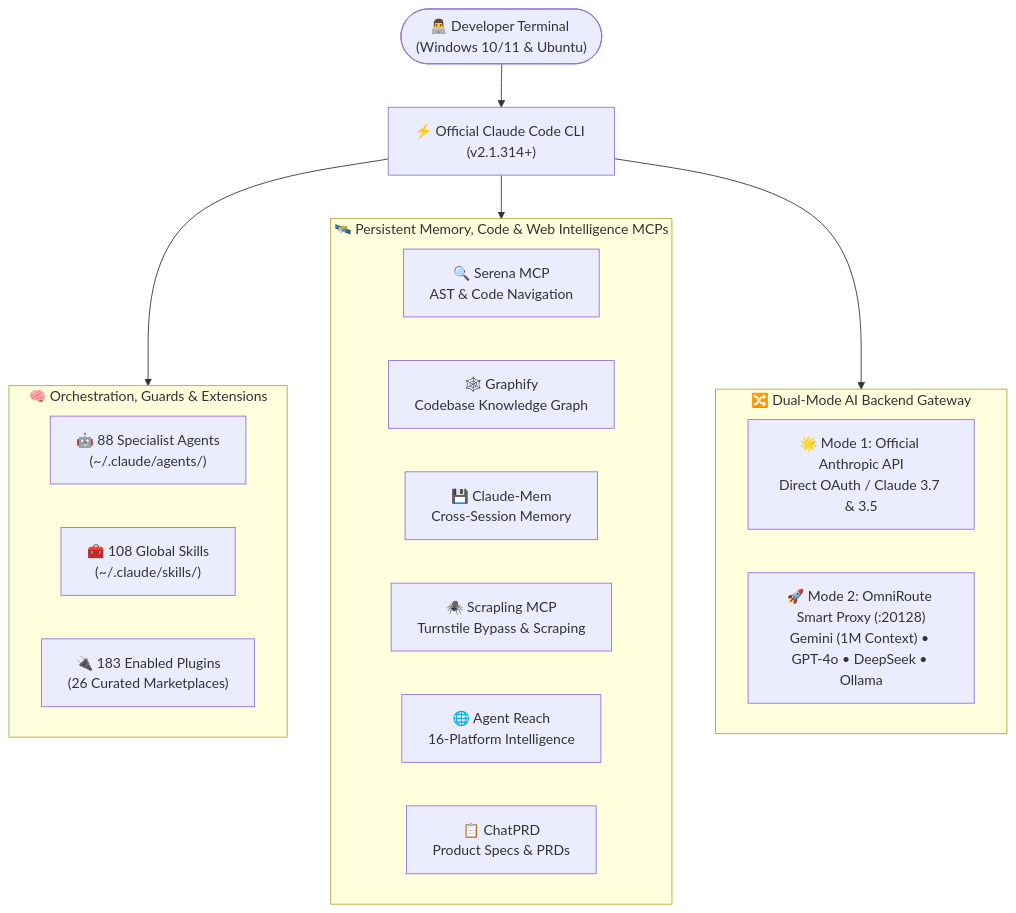
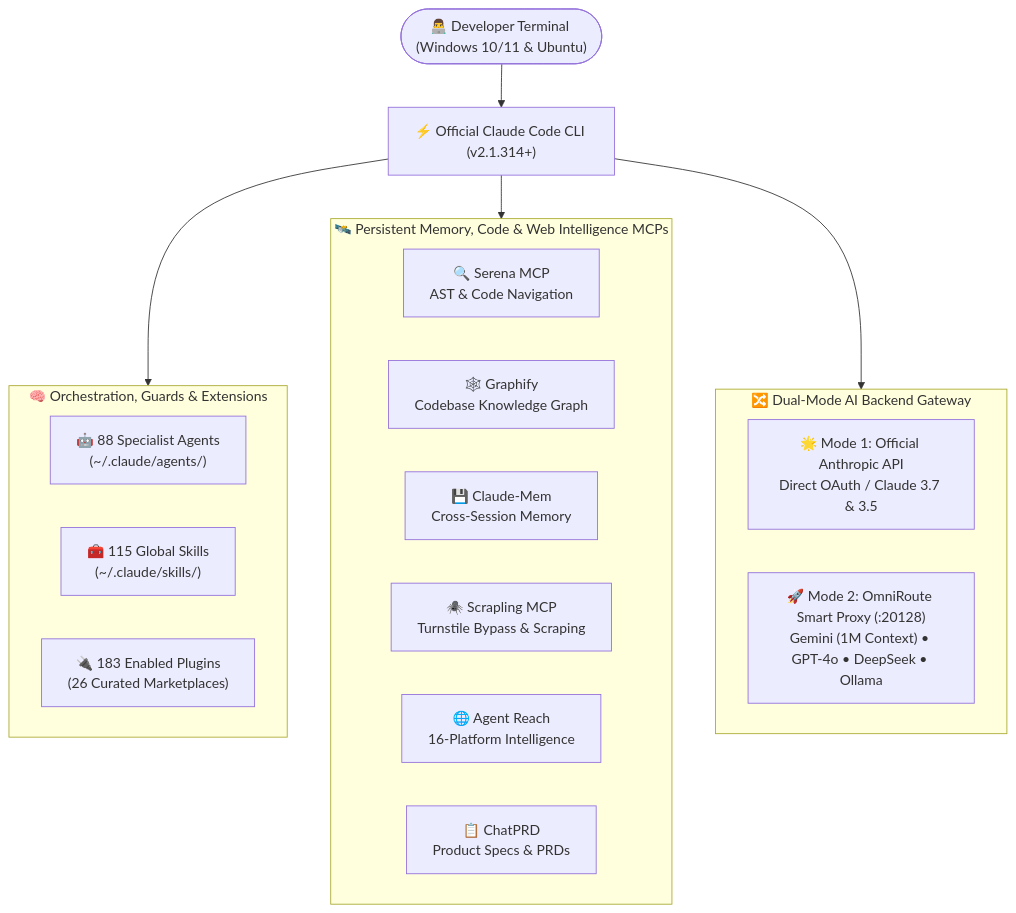
One commit to Moamen-R/extreme-claude changed the diagram in README.md. Above: the diagram before and after it, drawn with Mermaid. The commit also changed other lines of this file and 171 other files, not shown here.

````diff
--- a/README.md
+++ b/README.md
@@ -43,31 +43,31 @@
 ```mermaid
 flowchart TB
     User(["👨‍💻 Developer Terminal (Windows 10/11 & Ubuntu)"]) --> CLI["⚡ Official Claude Code CLI (v2.1.314+)"]
 
     subgraph Core ["🧠 Orchestration, Guards & Extensions"]
         direction LR
         Agents["🤖 88 Specialist Agents\n(~/.claude/agents/)"]
-        Skills["🧰 108 Global Skills\n(~/.claude/skills/)"]
+        Skills["🧰 115 Global Skills\n(~/.claude/skills/)"]
         Plugins["🔌 183 Enabled Plugins\n(26 Curated Marketplaces)"]
     end
 
     subgraph MCP ["🛰️ Persistent Memory, Code & Web Intelligence MCPs"]
         direction LR
         Serena["🔍 Serena MCP\nAST & Code Navigation"]
         Graphify["🕸️ Graphify\nCodebase Knowledge Graph"]
         ClaudeMem["💾 Claude-Mem\nCross-Session Memory"]
         Scrapling["🕷️ Scrapling MCP\nTurnstile Bypass & Scraping"]
         AgentReach["🌐 Agent Reach\n16-Platform Intelligence"]
         ChatPRD["📋 ChatPRD\nProduct Specs & PRDs"]
     end
 
     subgraph Backends ["🔀 Dual-Mode AI Backend Gateway"]
         direction LR
         Official["🌟 Mode 1: Official Anthropic API\nDirect OAuth / Claude 3.7 & 3.5"]
         OmniRoute["🚀 Mode 2: OmniRoute Smart Proxy (:20128)\nGemini (1M Context) • GPT-4o • DeepSeek • Ollama"]
     end
 
     CLI --> Core
     CLI --> MCP
     CLI --> Backends
 ```
````
